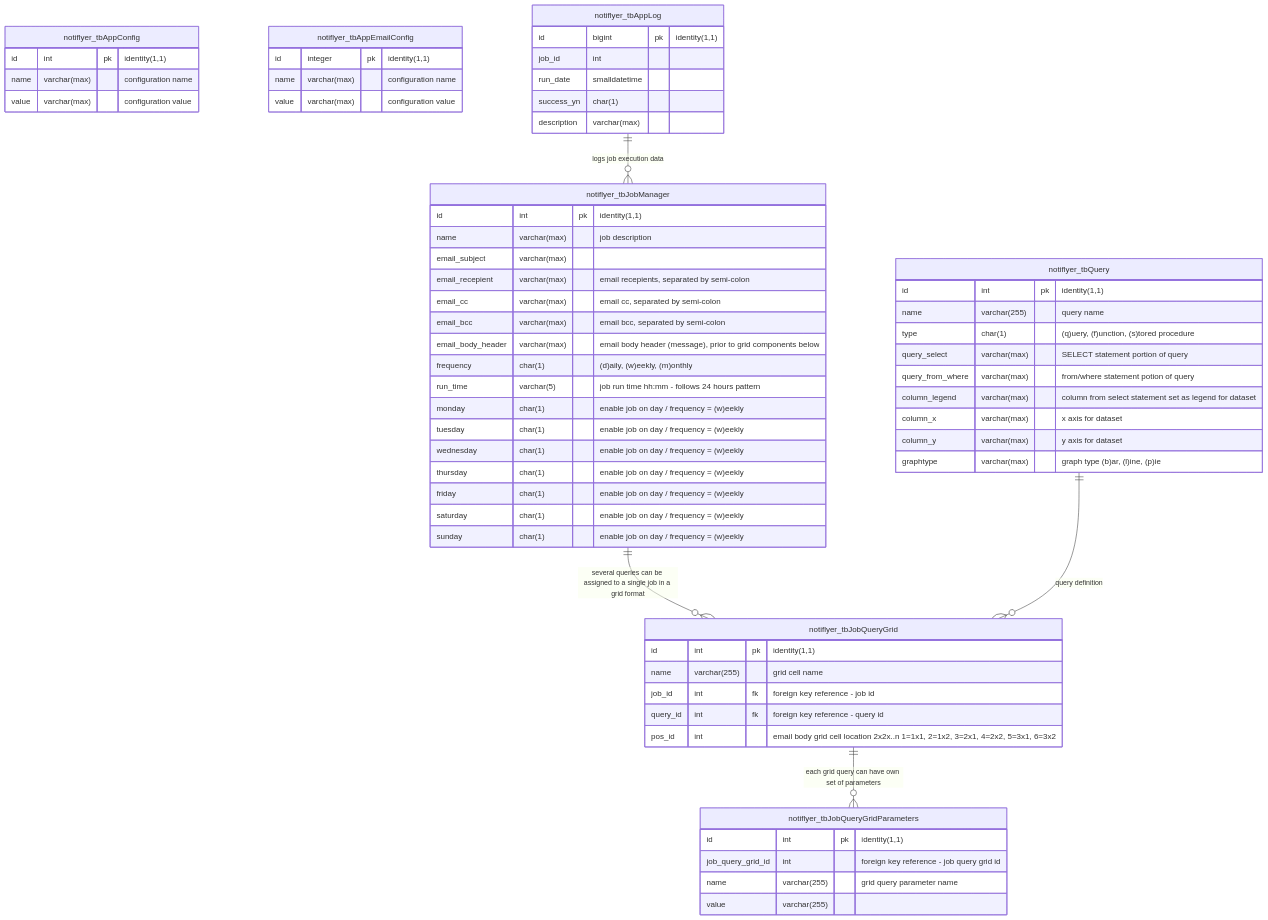
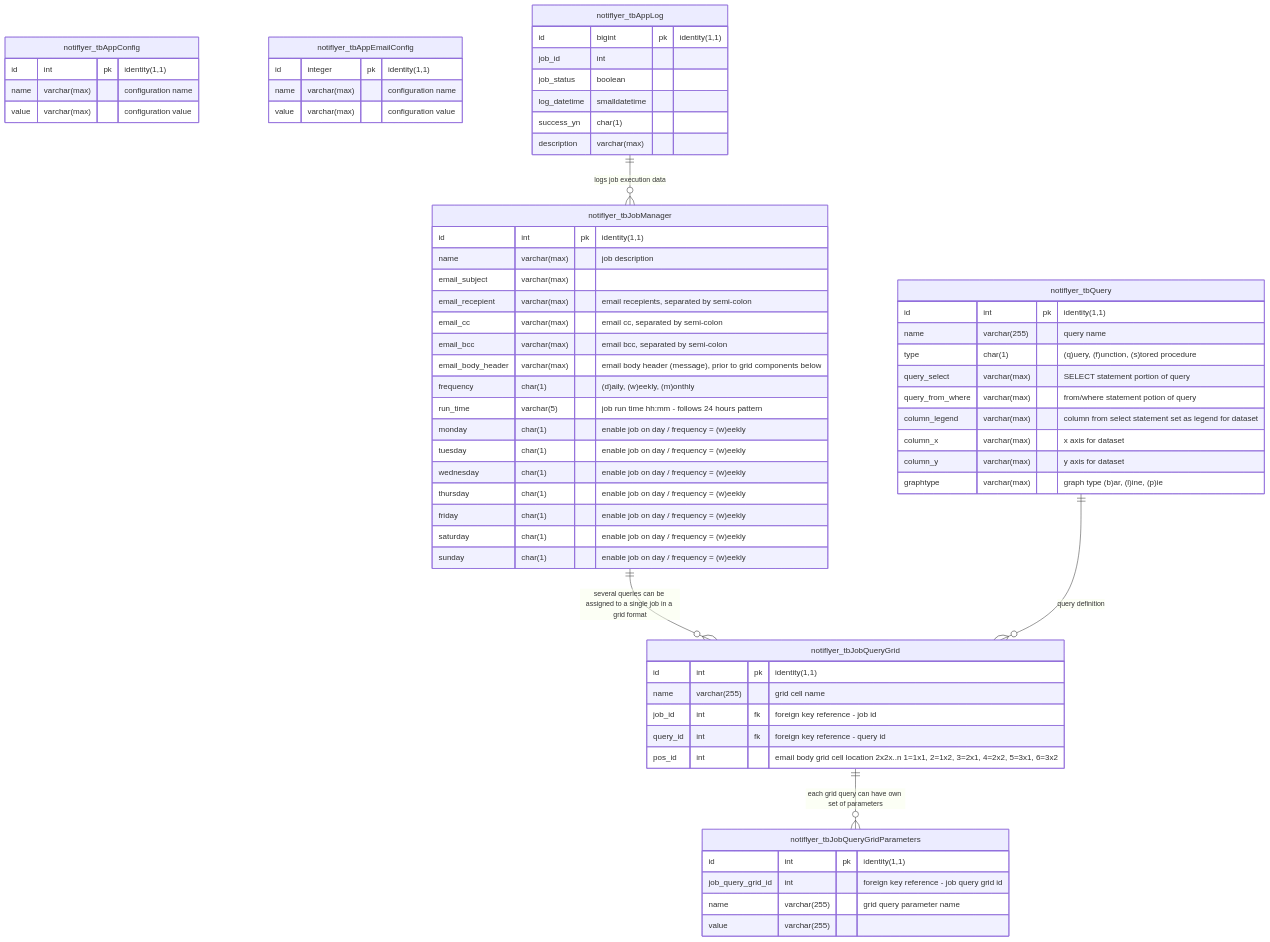
One commit to cleancoda/notiflyer changed the diagram in documentation/mssql/README.md. Above: the diagram before and after it, drawn with Mermaid. The commit also changed 1 other file, not shown here.

Commit message:
added notiflyer_tbAppLog to schema;

````diff
--- a/documentation/mssql/README.md
+++ b/documentation/mssql/README.md
@@ -24,76 +24,77 @@
 ```mermaid
 erDiagram
     
 
     notiflyer_tbJobManager {
         id int pk "identity(1,1)"
         name varchar(max) "job description"
         email_subject varchar(max)
         email_recepient varchar(max) "email recepients, separated by semi-colon"
         email_cc varchar(max) "email cc, separated by semi-colon"
         email_bcc varchar(max) "email bcc, separated by semi-colon"
 		email_body_header varchar(max) "email body header (message), prior to grid components below"
         frequency char(1) "(d)aily, (w)eekly, (m)onthly"
 		run_time varchar(5) "job run time hh:mm - follows 24 hours pattern"
 		monday char(1) "enable job on day / frequency = (w)eekly"
 		tuesday char(1) "enable job on day / frequency = (w)eekly"
 		wednesday char(1) "enable job on day / frequency = (w)eekly"
 		thursday char(1) "enable job on day / frequency = (w)eekly"
 		friday char(1) "enable job on day / frequency = (w)eekly"
 		saturday char(1) "enable job on day / frequency = (w)eekly"
 		sunday char(1) "enable job on day / frequency = (w)eekly"
     }
 
     notiflyer_tbQuery {
         id int pk "identity(1,1)"
         name varchar(255) "query name"
 		type char(1) "(q)uery, (f)unction, (s)tored procedure"
 		query_select varchar(max) "SELECT statement portion of query"
 		query_from_where varchar(max) "from/where statement potion of query"
 		column_legend varchar(max) "column from select statement set as legend for dataset"
 		column_x varchar(max) "x axis for dataset"
 		column_y varchar(max) "y axis for dataset"
 		graphtype varchar(max) "graph type (b)ar, (l)ine, (p)ie"
     }
 
     notiflyer_tbJobQueryGrid {
 		id int pk "identity(1,1)"
 		name varchar(255) "grid cell name"
 		job_id int fk "foreign key reference - job id"
 		query_id int fk "foreign key reference - query id"
 		pos_id int "email body grid cell location 2x2x..n 1=1x1, 2=1x2, 3=2x1, 4=2x2, 5=3x1, 6=3x2"
     }
 
     notiflyer_tbJobQueryGridParameters {
         id int pk "identity(1,1)"
 		job_query_grid_id int "foreign key reference - job query grid id"
 		name varchar(255) "grid query parameter name"
 		value varchar(255)
     }
 
     notiflyer_tbAppConfig {
         id int pk "identity(1,1)"
         name varchar(max) "configuration name"
 		value varchar(max) "configuration value"
     }
 
     notiflyer_tbAppEmailConfig {
         id integer pk "identity(1,1)"
 		name varchar(max) "configuration name"
 		value varchar(max) "configuration value"
     }
 
     notiflyer_tbAppLog {
         id bigint pk "identity(1,1)"
 		job_id int
-		run_date smalldatetime
+        job_status boolean
+		log_datetime smalldatetime
 		success_yn char(1)
 		description varchar(max)
     }
 
     notiflyer_tbJobManager ||--o{ notiflyer_tbJobQueryGrid : "several queries can be assigned to a single job in a grid format"
     notiflyer_tbJobQueryGrid ||--o{ notiflyer_tbJobQueryGridParameters : "each grid query can have own set of parameters"
     notiflyer_tbQuery ||--o{ notiflyer_tbJobQueryGrid : "query definition"
 
     notiflyer_tbAppLog ||--o{ notiflyer_tbJobManager : "logs job execution data"
 ```
````
